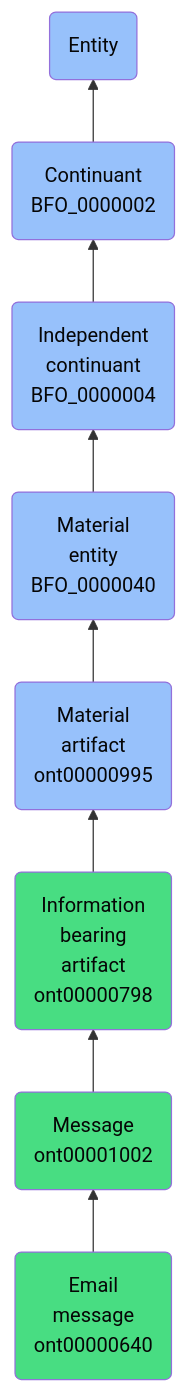
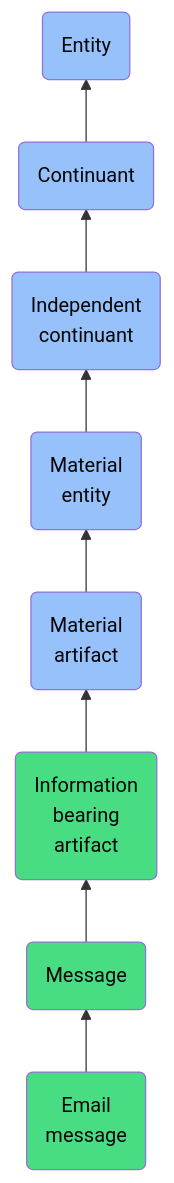
Before and after one commit to jupyter-naas/abi: the diagram in docs/ontology/reference/model/Entity/Continuant/Independent continuant/Material entity/Material artifact/Information bearing artifact/Message/Email message/Email message.md, drawn with Mermaid. The commit also changed other lines of this file and 1430 other files, not shown here.

````diff
--- a/docs/ontology/reference/model/Entity/Continuant/Independent continuant/Material entity/Material artifact/Information bearing artifact/Message/Email message/Email message.md
+++ b/docs/ontology/reference/model/Entity/Continuant/Independent continuant/Material entity/Material artifact/Information bearing artifact/Message/Email message/Email message.md
@@ -24,15 +24,15 @@
 ```mermaid
 graph BT
-    ont00000640(Email<br>message<br>ont00000640):::ABI-->ont00001002
-    ont00001002(Message<br>ont00001002):::ABI-->ont00000798
-    ont00000798(Information<br>bearing<br>artifact<br>ont00000798):::ABI-->ont00000995
-    ont00000995(Material<br>artifact<br>ont00000995):::BFO-->BFO_0000040
-    BFO_0000040(Material<br>entity<br>BFO_0000040):::BFO-->BFO_0000004
-    BFO_0000004(Independent<br>continuant<br>BFO_0000004):::BFO-->BFO_0000002
-    BFO_0000002(Continuant<br>BFO_0000002):::BFO-->BFO_0000001
+    ont00000640(Email<br>message):::ABI-->ont00001002
+    ont00001002(Message):::ABI-->ont00000798
+    ont00000798(Information<br>bearing<br>artifact):::ABI-->ont00000995
+    ont00000995(Material<br>artifact):::BFO-->BFO_0000040
+    BFO_0000040(Material<br>entity):::BFO-->BFO_0000004
+    BFO_0000004(Independent<br>continuant):::BFO-->BFO_0000002
+    BFO_0000002(Continuant):::BFO-->BFO_0000001
     BFO_0000001(Entity):::BFO
     
     classDef BFO fill:#97c1fb,color:#060606
     classDef CCO fill:#e4c51e,color:#060606
     classDef ABI fill:#48DD82,color:#060606
 ```
````
